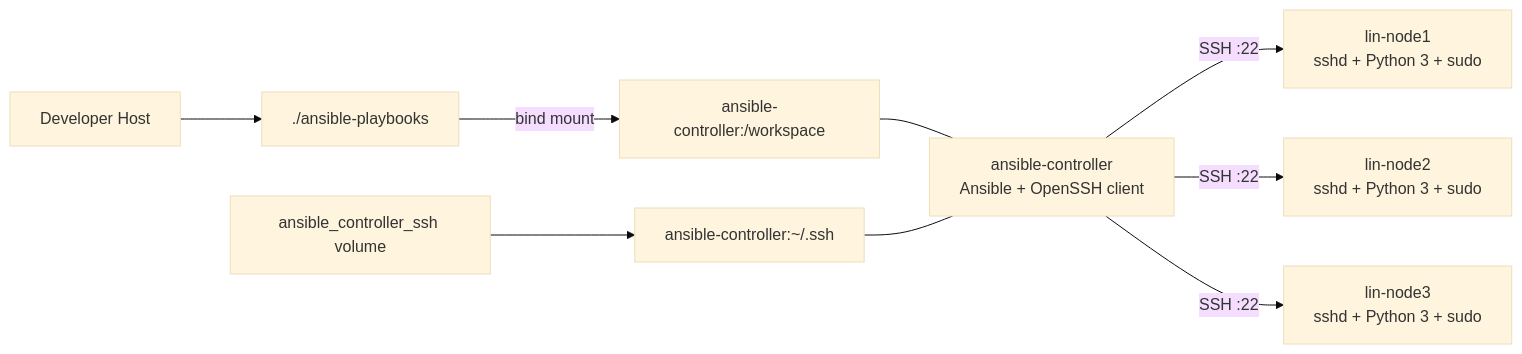
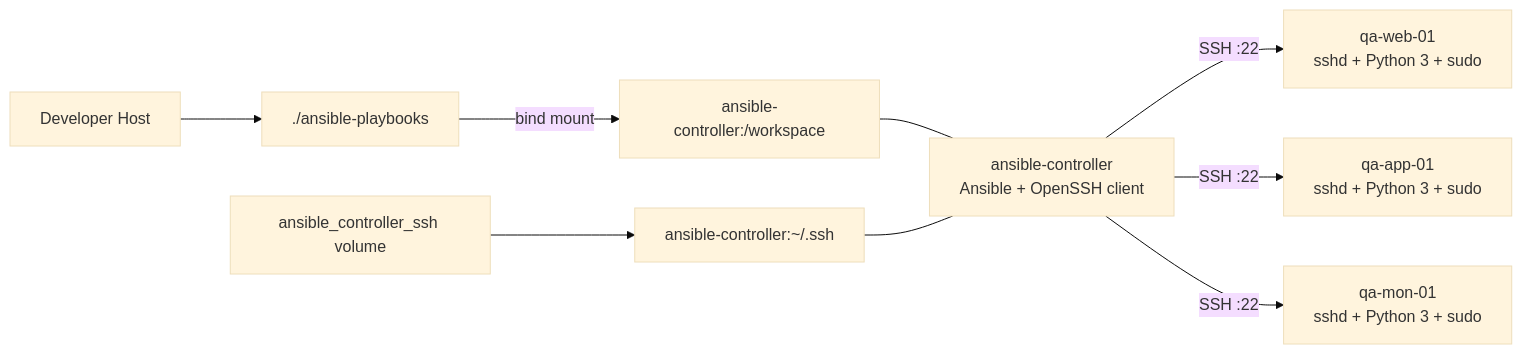
One commit to ongeziwe17/ansible-lab101 changed the diagram in README.md. Above: the diagram before and after it, drawn with Mermaid (base theme). The commit also changed other lines of this file and 7 other files, not shown here.

````diff
--- a/README.md
+++ b/README.md
@@ -30,11 +30,11 @@
 ```mermaid
 flowchart LR
     HOST["Developer Host"] --> PROJECT["./ansible-playbooks"]
     PROJECT -->|"bind mount"| WORKSPACE["ansible-controller:/workspace"]
     SSHVOL["ansible_controller_ssh volume"] --> SSHDIR["ansible-controller:~/.ssh"]
-    CONTROLLER["ansible-controller<br/>Ansible + OpenSSH client"] -->|"SSH :22"| NODE1["lin-node1<br/>sshd + Python 3 + sudo"]
-    CONTROLLER -->|"SSH :22"| NODE2["lin-node2<br/>sshd + Python 3 + sudo"]
-    CONTROLLER -->|"SSH :22"| NODE3["lin-node3<br/>sshd + Python 3 + sudo"]
+    CONTROLLER["ansible-controller<br/>Ansible + OpenSSH client"] -->|"SSH :22"| NODE1["qa-web-01<br/>sshd + Python 3 + sudo"]
+    CONTROLLER -->|"SSH :22"| NODE2["qa-app-01<br/>sshd + Python 3 + sudo"]
+    CONTROLLER -->|"SSH :22"| NODE3["qa-mon-01<br/>sshd + Python 3 + sudo"]
     WORKSPACE --- CONTROLLER
     SSHDIR --- CONTROLLER
 ```
````
